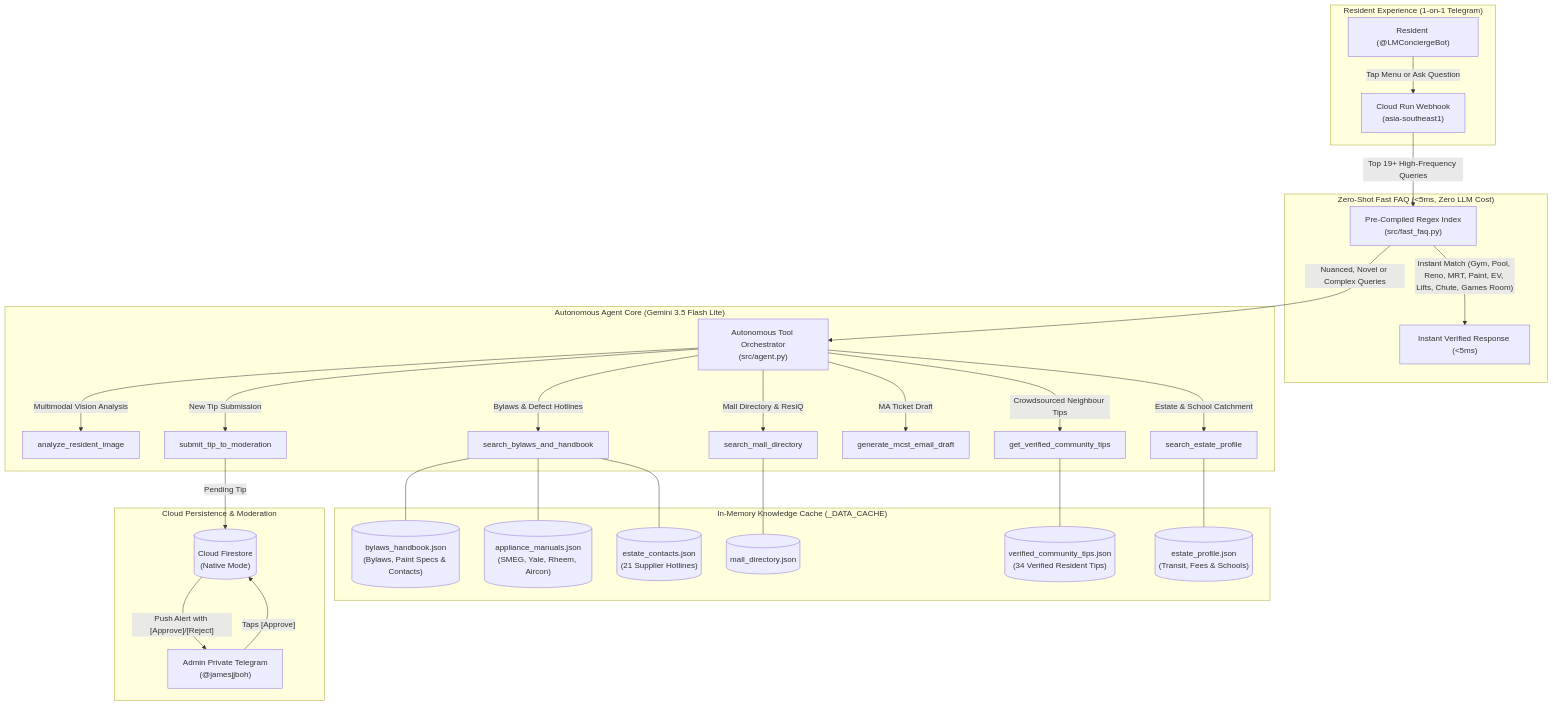
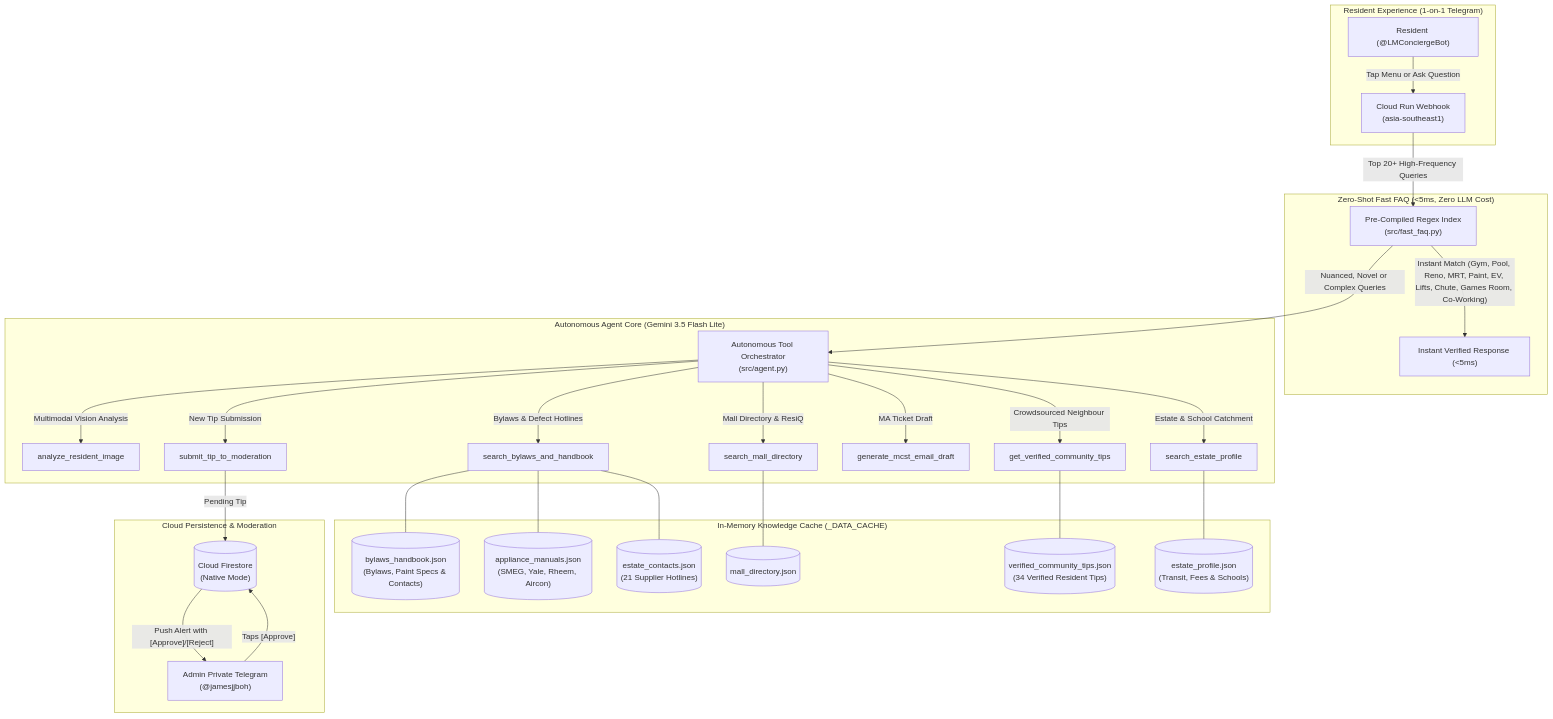
One commit to Jamesjjboh/Lentor-Modern-Concierge changed the diagram in README.md. Above: the diagram before and after it, drawn with Mermaid. The commit also changed other lines of this file and 5 other files, not shown here.

Commit message:
feat(coworking): add Business Lounge and Meeting Room to quick menus, bylaws, and Fast FAQ

````diff
--- a/README.md
+++ b/README.md
@@ -28,37 +28,37 @@
 ```mermaid
 flowchart TD
     subgraph ResidentExperience["Resident Experience (1-on-1 Telegram)"]
         User["Resident (@LMConciergeBot)"] -->|"Tap Menu or Ask Question"| Webhook["Cloud Run Webhook<br/>(asia-southeast1)"]
     end
 
     subgraph FastPath["Zero-Shot Fast FAQ (<5ms, Zero LLM Cost)"]
-        Webhook -->|"Top 19+ High-Frequency Queries"| FastFAQ["Pre-Compiled Regex Index<br/>(src/fast_faq.py)"]
-        FastFAQ -->|"Instant Match (Gym, Pool, Reno, MRT, Paint, EV, Lifts, Chute, Games Room)"| QuickReturn["Instant Verified Response (<5ms)"]
+        Webhook -->|"Top 20+ High-Frequency Queries"| FastFAQ["Pre-Compiled Regex Index<br/>(src/fast_faq.py)"]
+        FastFAQ -->|"Instant Match (Gym, Pool, Reno, MRT, Paint, EV, Lifts, Chute, Games Room, Co-Working)"| QuickReturn["Instant Verified Response (<5ms)"]
     end
 
     subgraph AgentCore["Autonomous Agent Core (Gemini 3.5 Flash Lite)"]
         FastFAQ -->|"Nuanced, Novel or Complex Queries"| Agent["Autonomous Tool Orchestrator<br/>(src/agent.py)"]
         Agent -->|"Multimodal Vision Analysis"| Vision["analyze_resident_image"]
         Agent -->|"Bylaws & Defect Hotlines"| Tool1["search_bylaws_and_handbook"]
         Agent -->|"Mall Directory & ResiQ"| Tool2["search_mall_directory"]
         Agent -->|"Crowdsourced Neighbour Tips"| Tool3["get_verified_community_tips"]
         Agent -->|"MA Ticket Draft"| Tool4["generate_mcst_email_draft"]
         Agent -->|"New Tip Submission"| Tool5["submit_tip_to_moderation"]
         Agent -->|"Estate & School Catchment"| Tool7["search_estate_profile"]
     end
 
     subgraph KnowledgeData["In-Memory Knowledge Cache (_DATA_CACHE)"]
         Tool1 --- K1[("bylaws_handbook.json<br/>(Bylaws, Paint Specs & Contacts)")]
         Tool1 --- K4[("appliance_manuals.json<br/>(SMEG, Yale, Rheem, Aircon)")]
         Tool1 --- K5[("estate_contacts.json<br/>(21 Supplier Hotlines)")]
         Tool2 --- K2[("mall_directory.json")]
         Tool3 --- K3[("verified_community_tips.json<br/>(34 Verified Resident Tips)")]
         Tool7 --- K6[("estate_profile.json<br/>(Transit, Fees & Schools)")]
     end
 
     subgraph DatabaseLayer["Cloud Persistence & Moderation"]
         Tool5 -->|"Pending Tip"| Firestore[("Cloud Firestore<br/>(Native Mode)")]
         Firestore -->|"Push Alert with [Approve]/[Reject]"| Admin["Admin Private Telegram<br/>(@jamesjjboh)"]
         Admin -->|"Taps [Approve]"| Firestore
     end
 ```
````
